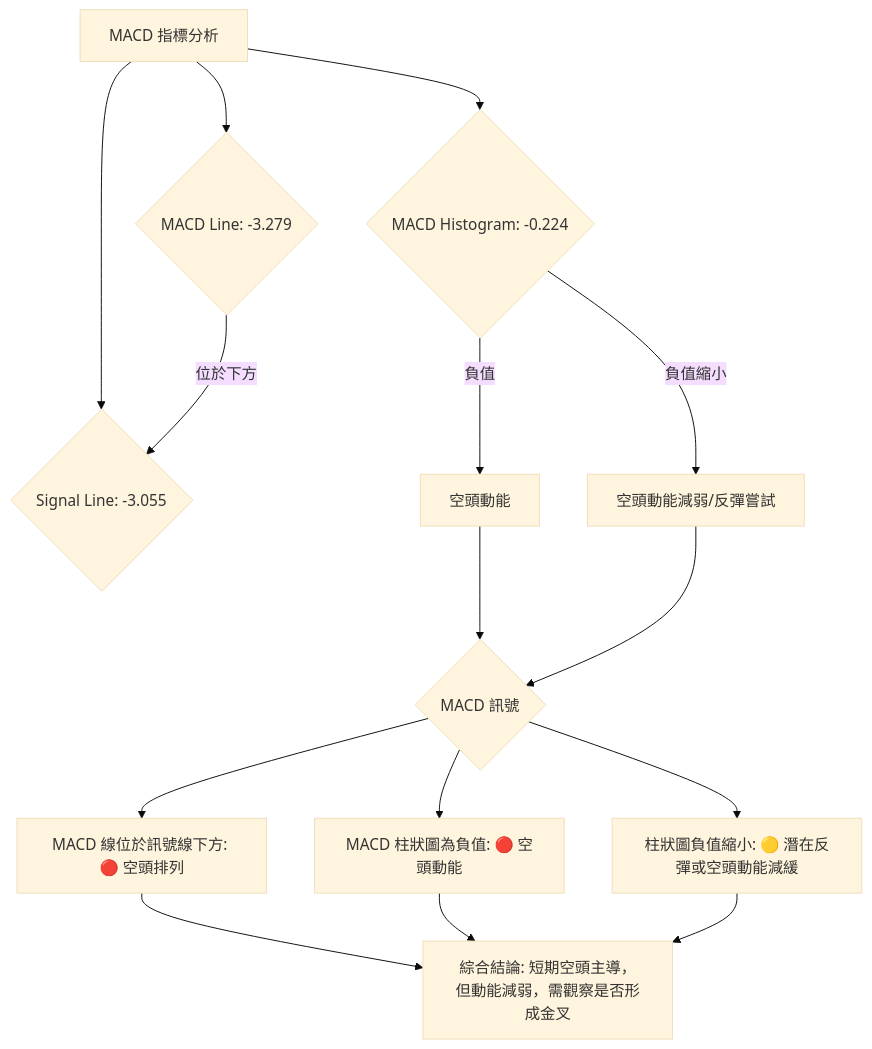
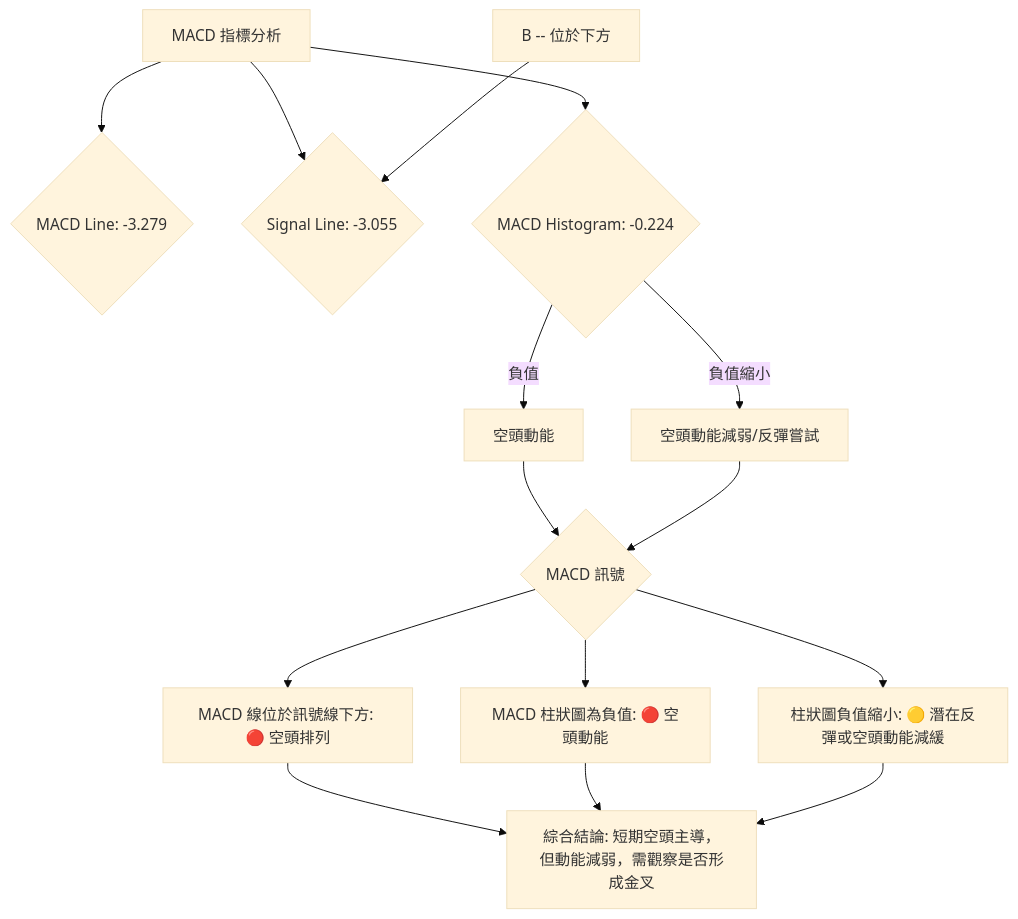
The seventh of 11 diagrams in ai_gen_report/stock/pl/technical_analysis_2026-06-29_gemini.md (yennanliu/finance_data), drawn with Mermaid (base theme) before and after one commit. The commit also changed other lines of this file and 2258 other files, not shown here.

First line of the commit message:
chore: backfill Mermaid syntax repair across existing reports

````diff
--- a/ai_gen_report/stock/pl/technical_analysis_2026-06-29_gemini.md
+++ b/ai_gen_report/stock/pl/technical_analysis_2026-06-29_gemini.md
@@ -510,16 +510,16 @@
 ```mermaid
 graph TD
-    A[MACD 指標分析] --> B{MACD Line: -3.279}
-    A --> C{Signal Line: -3.055}
-    A --> D{MACD Histogram: -0.224}
+    A["MACD 指標分析"] --> B{"MACD Line: -3.279"}
+    A --> C{"Signal Line: -3.055"}
+    A --> D{"MACD Histogram: -0.224"}
 
-    B -- 位於下方 --> C
-    D -- 負值 --> E[空頭動能]
-    D -- 負值縮小 --> F[空頭動能減弱/反彈嘗試]
+    nb1["B -- 位於下方"] --> C
+    D -- 負值 --> E["空頭動能"]
+    D -- 負值縮小 --> F["空頭動能減弱/反彈嘗試"]
 
-    E & F --> G{MACD 訊號}
-    G --> H[MACD 線位於訊號線下方: 🔴 空頭排列]
-    G --> I[MACD 柱狀圖為負值: 🔴 空頭動能]
-    G --> J[柱狀圖負值縮小: 🟡 潛在反彈或空頭動能減緩]
-    H & I & J --> K[綜合結論: 短期空頭主導，但動能減弱，需觀察是否形成金叉]
+    E & F --> G{"MACD 訊號"}
+    G --> H["MACD 線位於訊號線下方: 🔴 空頭排列"]
+    G --> I["MACD 柱狀圖為負值: 🔴 空頭動能"]
+    G --> J["柱狀圖負值縮小: 🟡 潛在反彈或空頭動能減緩"]
+    H & I & J --> K["綜合結論: 短期空頭主導，但動能減弱，需觀察是否形成金叉"]
 ```
````
